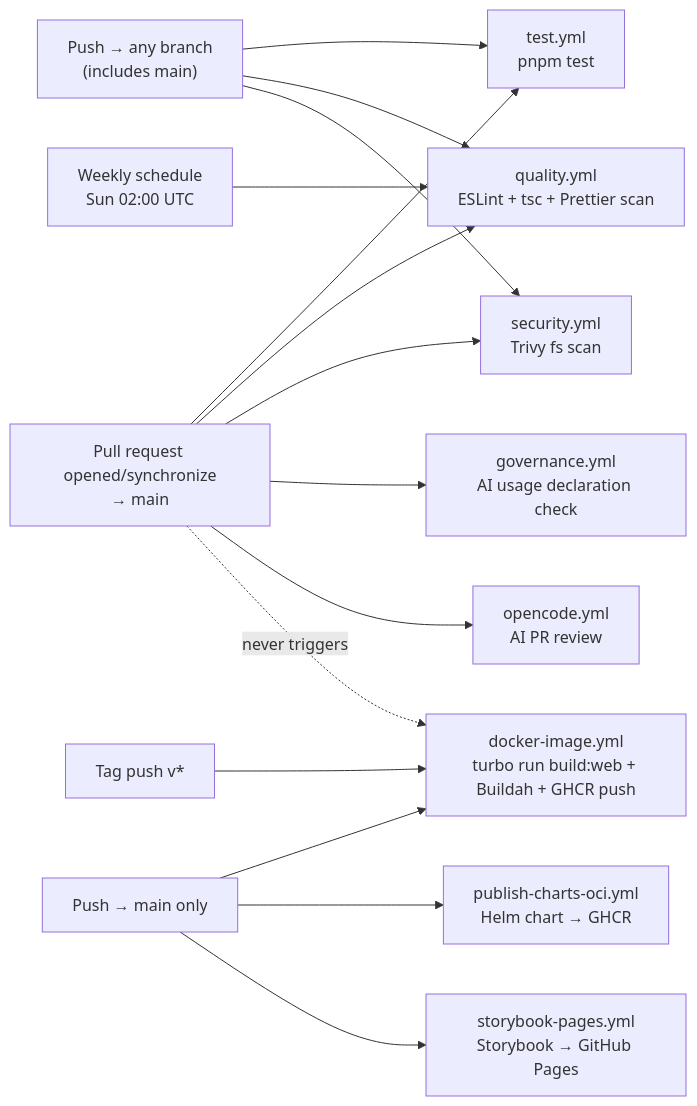
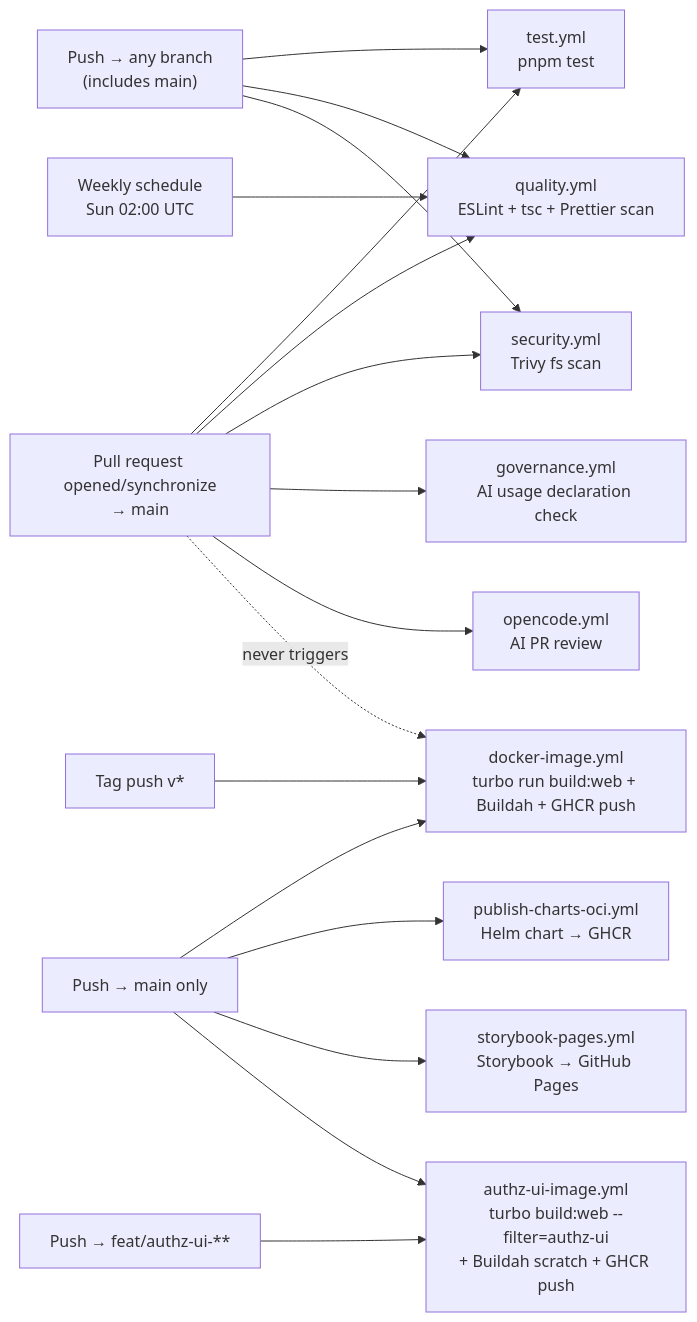
The first of 2 diagrams in docs/knowledge/ci-cd.md (ADORSYS-GIS/converse-frontends), drawn with Mermaid before and after one commit. The commit also changed other lines of this file and 3 other files, not shown here.

````diff
--- a/docs/knowledge/ci-cd.md
+++ b/docs/knowledge/ci-cd.md
@@ -51,35 +67,40 @@
 ```mermaid
 flowchart LR
     PR["Pull request opened/synchronize<br/>→ main"]
     PUSHBRANCH["Push → any branch<br/>(includes main)"]
     PUSHMAIN["Push → main only"]
     TAG["Tag push v*"]
     SCHED["Weekly schedule<br/>Sun 02:00 UTC"]
 
     TEST["test.yml<br/>pnpm test"]
     QUALITY["quality.yml<br/>ESLint + tsc + Prettier scan"]
     SECURITY["security.yml<br/>Trivy fs scan"]
     GOV["governance.yml<br/>AI usage declaration check"]
     OC["opencode.yml<br/>AI PR review"]
     DOCKER["docker-image.yml<br/>turbo run build:web + Buildah + GHCR push"]
     CHARTS["publish-charts-oci.yml<br/>Helm chart → GHCR"]
     PAGES["storybook-pages.yml<br/>Storybook → GitHub Pages"]
 
     PR --> TEST
     PR --> QUALITY
     PR --> SECURITY
     PR --> GOV
     PR --> OC
     PR -. never triggers .-> DOCKER
 
     PUSHBRANCH --> TEST
     PUSHBRANCH --> QUALITY
     PUSHBRANCH --> SECURITY
 
     PUSHMAIN --> DOCKER
     PUSHMAIN --> CHARTS
     PUSHMAIN --> PAGES
 
     TAG --> DOCKER
     SCHED --> QUALITY
+
+    PUSHFEAT["Push → feat/authz-ui-**"]
+    AUTHZUI["authz-ui-image.yml<br/>turbo build:web --filter=authz-ui<br/>+ Buildah scratch + GHCR push"]
+    PUSHMAIN --> AUTHZUI
+    PUSHFEAT --> AUTHZUI
 ```
````
